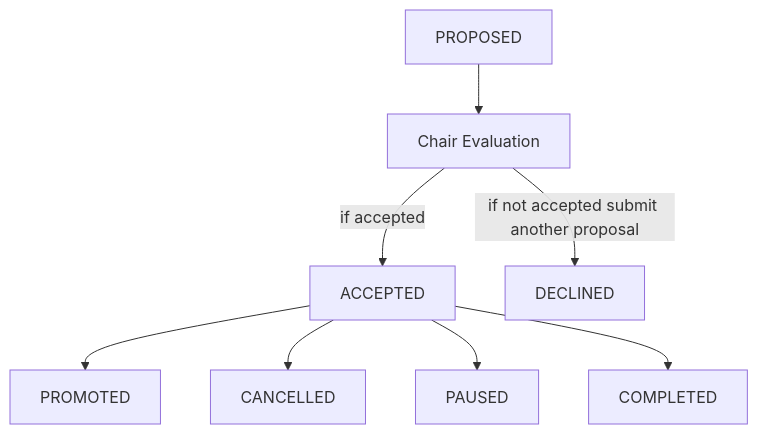
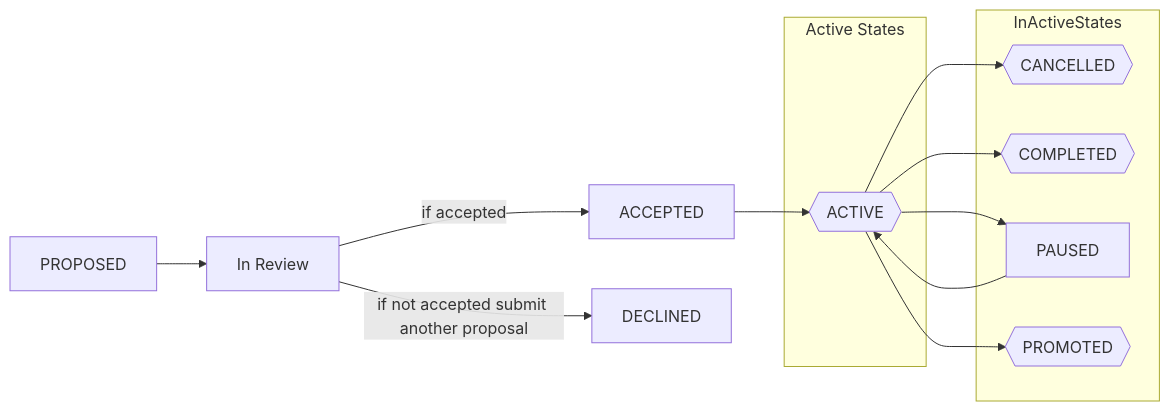
Before and after one commit to decentralized-identity/labs: the diagram in docs/process.md, drawn with Mermaid. The commit also changed other lines of this file, not shown here.

````diff
--- a/docs/process.md
+++ b/docs/process.md
@@ -58,8 +59,21 @@
 ```mermaid
-graph TD
-  Proposed[PROPOSED] --> ChairEvaluation[Chair Evaluation] --> |if accepted| ACCEPTED[ACCEPTED] --> PROMOTED
-  ChairEvaluation -->|if not accepted submit another proposal| DECLINED
-  ACCEPTED --> CANCELLED
-  ACCEPTED --> PAUSED
-  ACCEPTED --> COMPLETED
+graph LR
+  Proposed[PROPOSED] --> INREVIEW[In Review] --> |if accepted| ACCEPTED[ACCEPTED] 
+  INREVIEW -->|if not accepted submit another proposal| DECLINED
+ 
+  subgraph ActiveStates[Active States]
+     ACTIVE{{ACTIVE}}
+  end
+  ACCEPTED --> ACTIVE
+  subgraph InActiveStates[InActiveStates]
+    CANCELLED{{CANCELLED}}
+    COMPLETED{{COMPLETED}}
+    PAUSED
+    PROMOTED{{PROMOTED}}
+  end
+  ACTIVE --> CANCELLED{{CANCELLED}}
+  ACTIVE --> COMPLETED{{COMPLETED}}
+  ACTIVE --> PAUSED
+  ACTIVE --> PROMOTED{{PROMOTED}}
+  PAUSED --> ACTIVE
 ```
````
